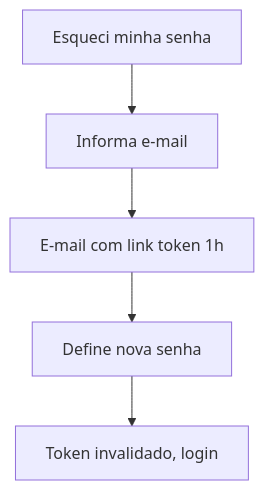
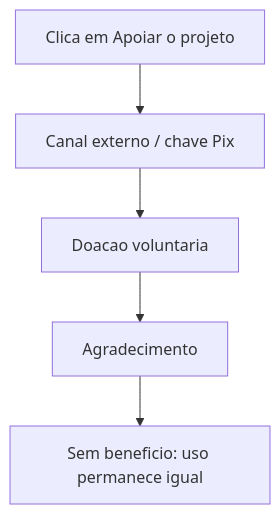
Before and after one commit to TolkYo/Formata-ABNT-PY: the second of 3 diagrams in docs/specs/fluxos-ux.md, drawn with Mermaid. The commit also changed other lines of this file and 10 other files, not shown here.

Commit message:
docs: reposiciona specs para modelo open source com uso ilimitado e doacoes

````diff
--- a/docs/specs/fluxos-ux.md
+++ b/docs/specs/fluxos-ux.md
@@ -86,7 +37,7 @@
 ```mermaid
 graph TD
-    A[Esqueci minha senha] --> B[Informa e-mail]
-    B --> C[E-mail com link token 1h]
-    C --> D[Define nova senha]
-    D --> E[Token invalidado, login]
+    A[Clica em Apoiar o projeto] --> B[Canal externo / chave Pix]
+    B --> C[Doacao voluntaria]
+    C --> D[Agradecimento]
+    D --> E[Sem beneficio: uso permanece igual]
 ```
````
